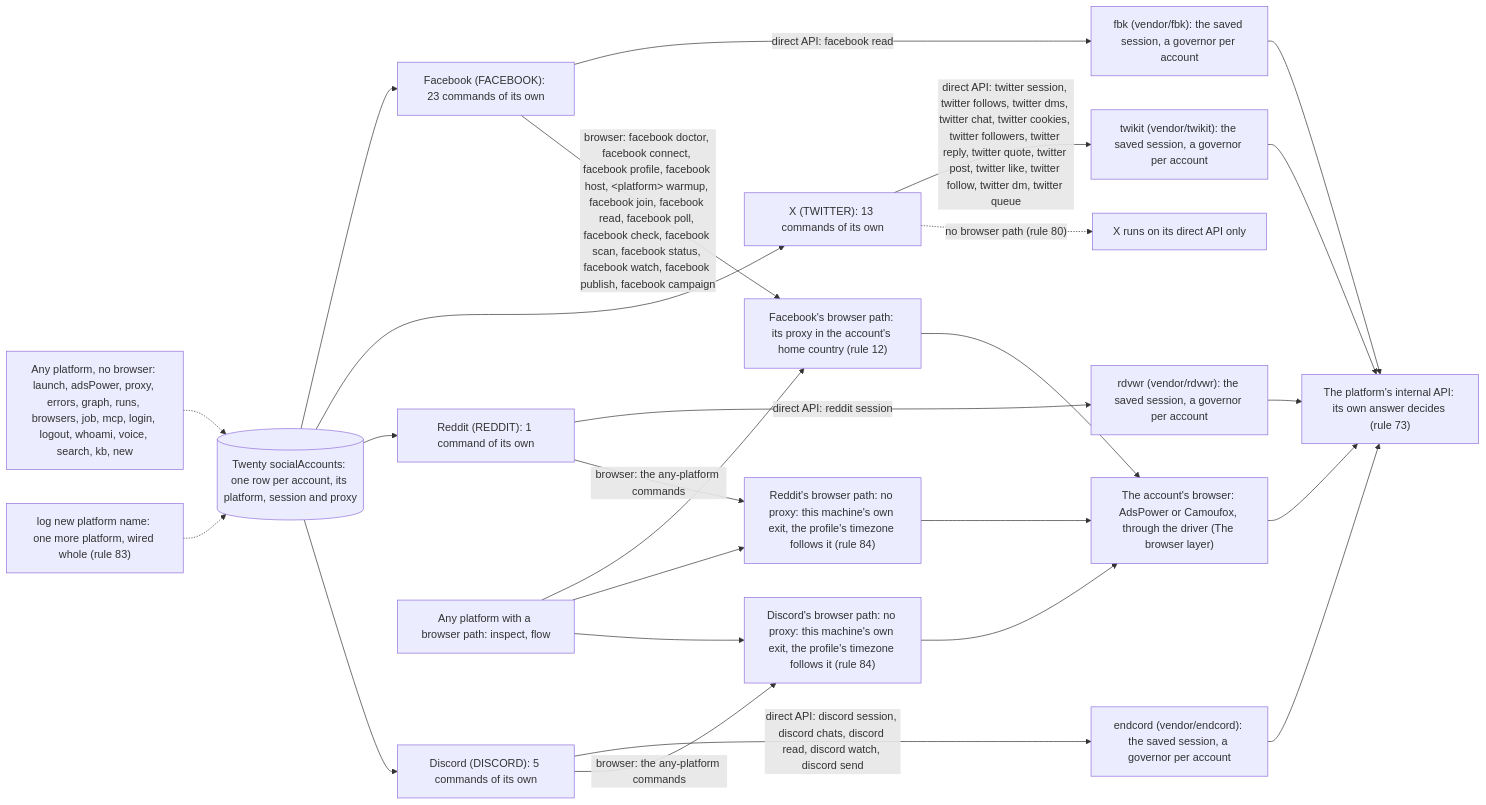
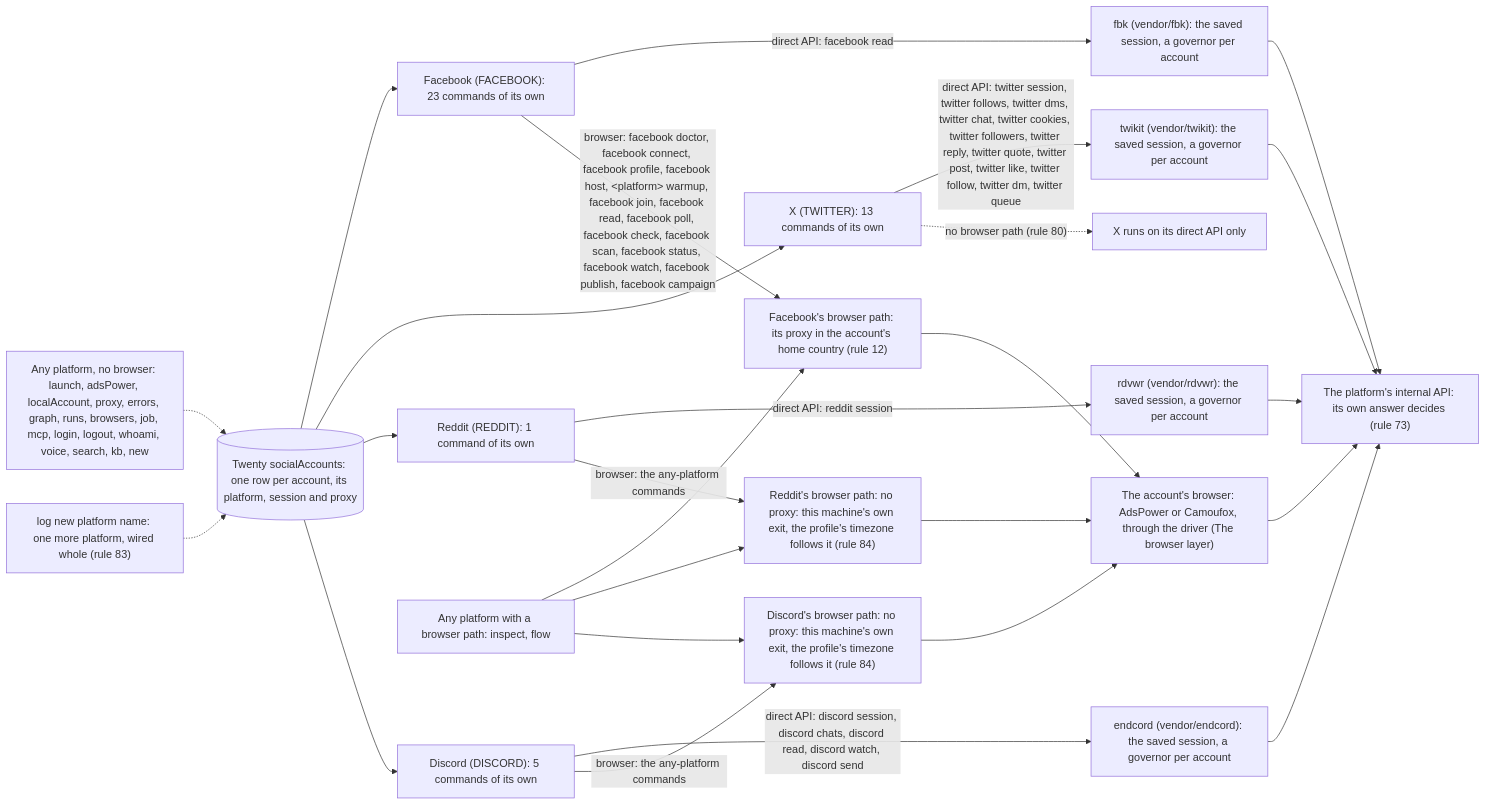
The diagram in docs/diagrams/platforms.mmd (matthewdonsemail-lab/log), drawn with Mermaid before and after one commit. The commit also changed 20 other files, not shown here.

```diff
--- a/docs/diagrams/platforms.mmd
+++ b/docs/diagrams/platforms.mmd
@@ -1,37 +1,37 @@
 %% The platforms. log-cli is platform-agnostic: each platform is a row in `PLATFORMS` and `PLATFORM_SITES` (`src/cli/runner/helpers/platforms.ts`), with its direct-API client from `DIRECT_ROUTES` (`src/directApi/engine`) and its browser path, with or without a proxy. A new one is made by `log new platform <name>` (rule 83).
 %% Written by `bun run docs:build` from the code (rule 56). Not edited by hand.
 flowchart LR
   twenty[("Twenty socialAccounts: one row per account, its platform, session and proxy")]
   api["The platform's internal API: its own answer decides (rule 73)"]
   drivers["The account's browser: AdsPower or Camoufox, through the driver (The browser layer)"]
   p_facebook["Facebook (FACEBOOK): 23 commands of its own"]
   twenty --> p_facebook
   p_facebook -->|"direct API: facebook read"| e_fbk["fbk (vendor/fbk): the saved session, a governor per account"]
   e_fbk --> api
   p_facebook -->|"browser: facebook doctor, facebook connect, facebook profile, facebook host, #lt;platform#gt; warmup, facebook join, facebook read, facebook poll, facebook check, facebook scan, facebook status, facebook watch, facebook publish, facebook campaign"| b_facebook["Facebook's browser path: its proxy in the account's home country (rule 12)"]
   b_facebook --> drivers
   p_twitter["X (TWITTER): 13 commands of its own"]
   twenty --> p_twitter
   p_twitter -->|"direct API: twitter session, twitter follows, twitter dms, twitter chat, twitter cookies, twitter followers, twitter reply, twitter quote, twitter post, twitter like, twitter follow, twitter dm, twitter queue"| e_twikit["twikit (vendor/twikit): the saved session, a governor per account"]
   e_twikit --> api
   p_twitter -.->|"no browser path (rule 80)"| nob_twitter["X runs on its direct API only"]
   p_reddit["Reddit (REDDIT): 1 command of its own"]
   twenty --> p_reddit
   p_reddit -->|"direct API: reddit session"| e_rdvwr["rdvwr (vendor/rdvwr): the saved session, a governor per account"]
   e_rdvwr --> api
   p_reddit -->|"browser: the any-platform commands"| b_reddit["Reddit's browser path: no proxy: this machine's own exit, the profile's timezone follows it (rule 84)"]
   b_reddit --> drivers
   p_discord["Discord (DISCORD): 5 commands of its own"]
   twenty --> p_discord
   p_discord -->|"direct API: discord session, discord chats, discord read, discord watch, discord send"| e_endcord["endcord (vendor/endcord): the saved session, a governor per account"]
   e_endcord --> api
   p_discord -->|"browser: the any-platform commands"| b_discord["Discord's browser path: no proxy: this machine's own exit, the profile's timezone follows it (rule 84)"]
   b_discord --> drivers
   anyB["Any platform with a browser path: inspect, flow"]
   anyB --> b_facebook
   anyB --> b_reddit
   anyB --> b_discord
-  anyN["Any platform, no browser: launch, adsPower, proxy, errors, graph, runs, browsers, job, mcp, login, logout, whoami, voice, search, kb, new"]
+  anyN["Any platform, no browser: launch, adsPower, localAccount, proxy, errors, graph, runs, browsers, job, mcp, login, logout, whoami, voice, search, kb, new"]
   anyN -.-> twenty
   newP["log new platform name: one more platform, wired whole (rule 83)"] -.-> twenty
   drivers --> api
```
